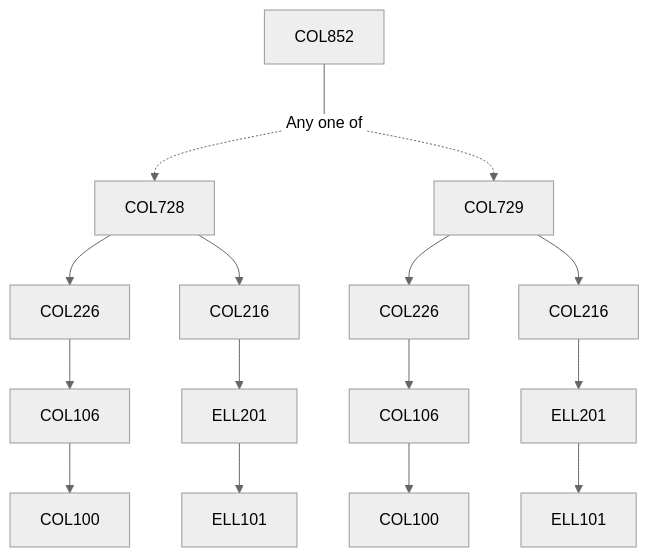
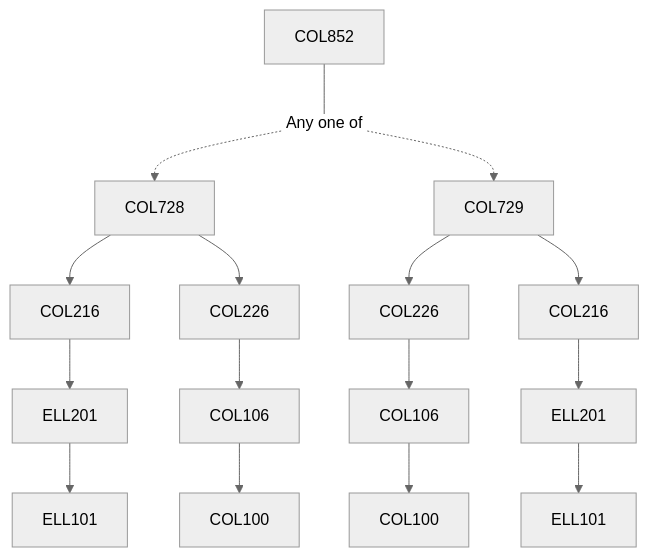
Before and after one commit to KeshavBansal0122/CoS_Website: the diagram in content/Computer Science and Engineering/COL852.md, drawn with Mermaid (neutral theme). The commit also changed other lines of this file and 2662 other files, not shown here.

````diff
--- a/content/Computer Science and Engineering/COL852.md
+++ b/content/Computer Science and Engineering/COL852.md
@@ -13,22 +13,22 @@
 ```mermaid
 flowchart TD
 COL852-939[COL852]
 COL852-939 --- Or940[Any one of]:::empty
-COL728-941 --> COL226-941[COL226]
+COL216-941 --> ELL201-941[ELL201]
 ELL201-941 --> ELL101-941[ELL101]
 COL106-941 --> COL100-941[COL100]
+Or940 -.-> COL728-941[COL728]
 COL728-941 --> COL216-941[COL216]
-COL216-941 --> ELL201-941[ELL201]
+COL728-941 --> COL226-941[COL226]
 COL226-941 --> COL106-941[COL106]
-Or940 -.-> COL728-941[COL728]
 COL216-942 --> ELL201-942[ELL201]
+COL226-942 --> COL106-942[COL106]
 ELL201-942 --> ELL101-942[ELL101]
 COL729-942 --> COL226-942[COL226]
+COL729-942 --> COL216-942[COL216]
+Or940 -.-> COL729-942[COL729]
 COL106-942 --> COL100-942[COL100]
-Or940 -.-> COL729-942[COL729]
-COL226-942 --> COL106-942[COL106]
-COL729-942 --> COL216-942[COL216]
 
 classDef empty height:17px, fill:transparent, stroke:transparent;
 classDef trueEmpty height:0px, width:0px;
 ```
````
